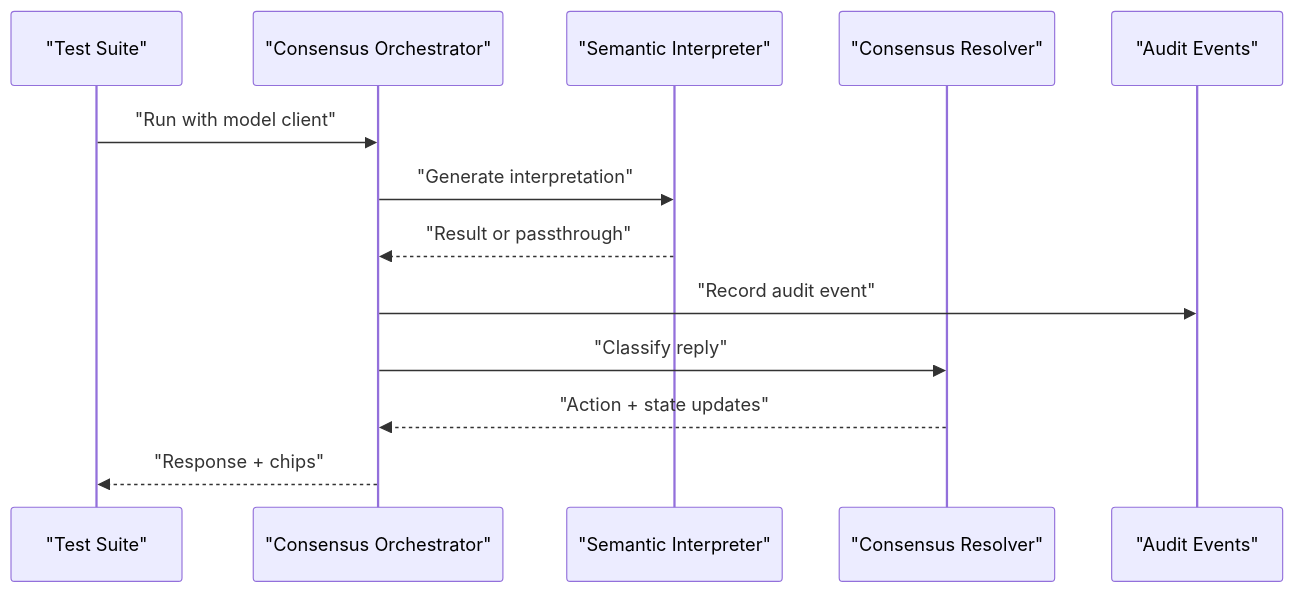
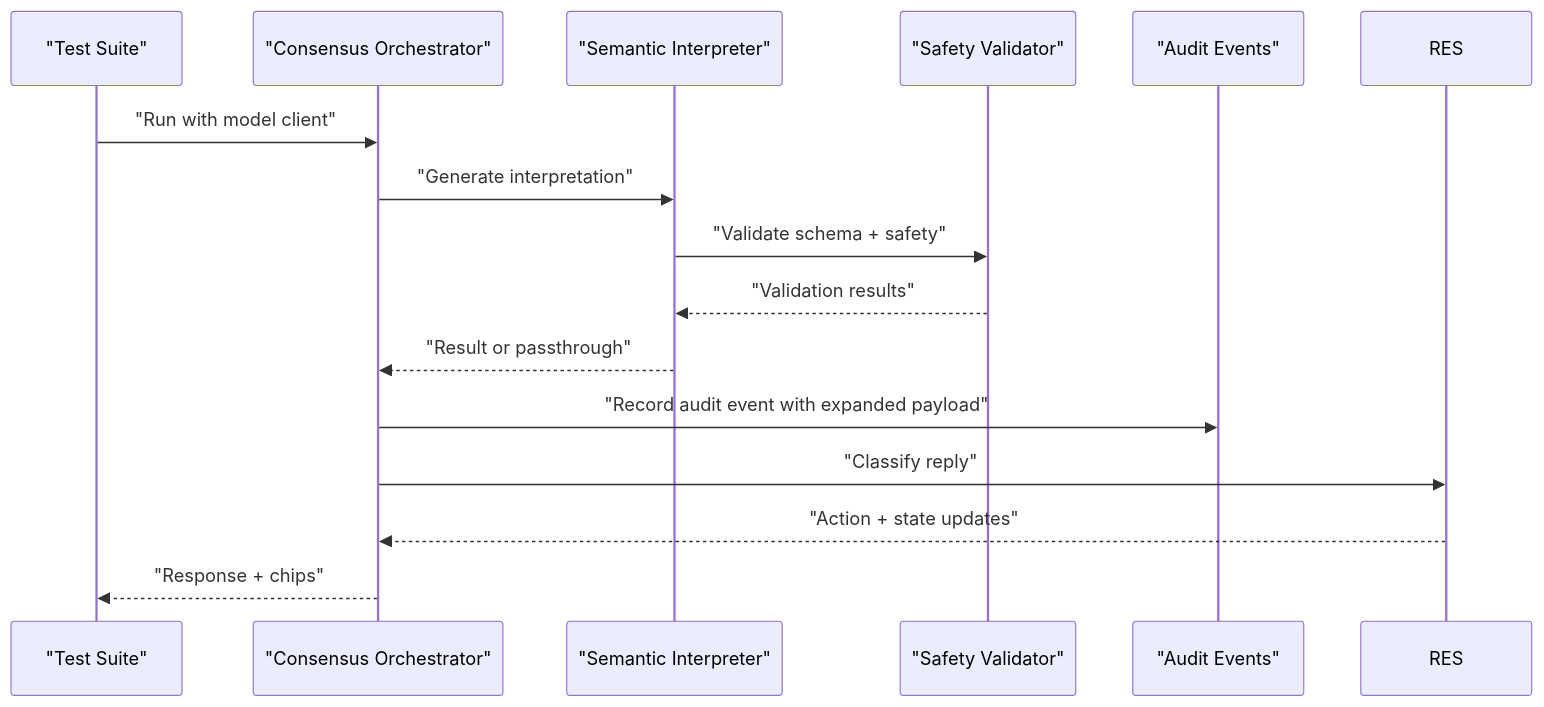
One commit to ongchonghian/gatiod-chat-assistant changed the fourth of 8 diagrams in .qoder/repowiki/en/content/Testing Strategy/V2 Pipeline Testing.md. Above: the diagram before and after it, drawn with Mermaid. The commit also changed other lines of this file and 32 other files, not shown here.

````diff
--- a/.qoder/repowiki/en/content/Testing Strategy/V2 Pipeline Testing.md
+++ b/.qoder/repowiki/en/content/Testing Strategy/V2 Pipeline Testing.md
@@ -169,15 +204,17 @@
 ```mermaid
 sequenceDiagram
 participant Test as "Test Suite"
 participant ORCH as "Consensus Orchestrator"
 participant INT as "Semantic Interpreter"
-participant RES as "Consensus Resolver"
+participant VALID as "Safety Validator"
 participant AUD as "Audit Events"
 Test->>ORCH : "Run with model client"
 ORCH->>INT : "Generate interpretation"
+INT->>VALID : "Validate schema + safety"
+VALID-->>INT : "Validation results"
 INT-->>ORCH : "Result or passthrough"
-ORCH->>AUD : "Record audit event"
+ORCH->>AUD : "Record audit event with expanded payload"
 ORCH->>RES : "Classify reply"
 RES-->>ORCH : "Action + state updates"
 ORCH-->>Test : "Response + chips"
 ```
````
